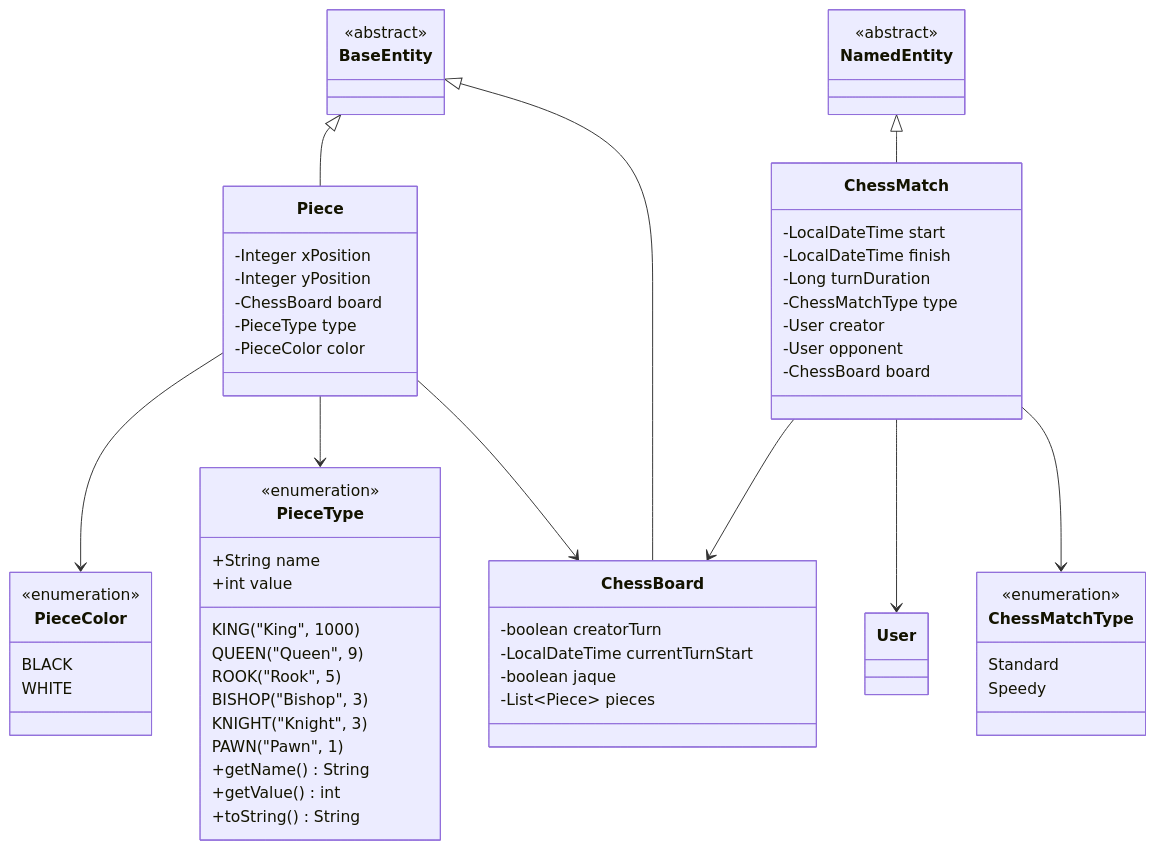
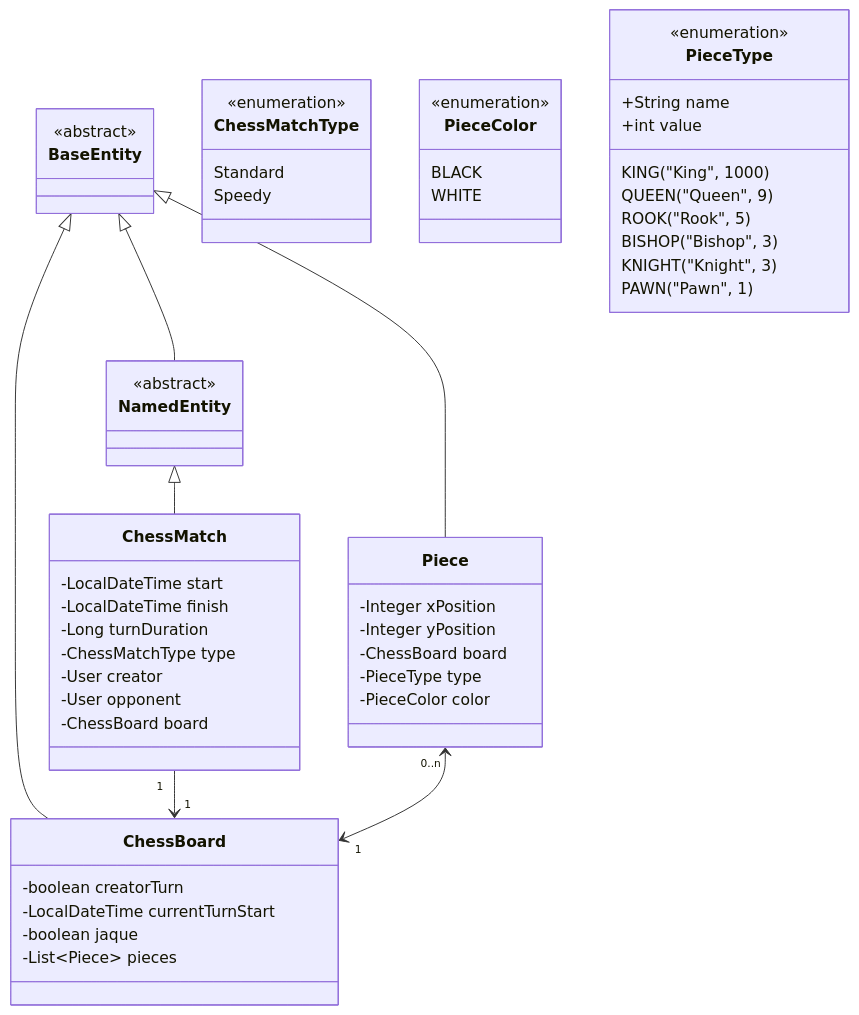
The diagram in docs/diagrams/DomainClassDiagram.md (gii-is-DP1/design-patterns-applications), drawn with Mermaid before and after one commit.

````diff
--- a/docs/diagrams/DomainClassDiagram.md
+++ b/docs/diagrams/DomainClassDiagram.md
@@ -3,73 +3,69 @@
 ```mermaid
 classDiagram
     class BaseEntity {
         <<abstract>>
     }
 
     class NamedEntity {
         <<abstract>>
     }
 
     class ChessBoard {
         -boolean creatorTurn
         -LocalDateTime currentTurnStart
         -boolean jaque
         -List~Piece~ pieces        
     }
 
     class ChessMatch {
         -LocalDateTime start
         -LocalDateTime finish
         -Long turnDuration
         -ChessMatchType type
         -User creator
         -User opponent
         -ChessBoard board
     }
 
     class Piece {
         -Integer xPosition
         -Integer yPosition
         -ChessBoard board
         -PieceType type
         -PieceColor color
     }
 
     class ChessMatchType {
         <<enumeration>>
         Standard
         Speedy
     }
 
     class PieceColor {
         <<enumeration>>
         BLACK
         WHITE
     }
 
     class PieceType {
         <<enumeration>>
         KING("King", 1000)
         QUEEN("Queen", 9)
         ROOK("Rook", 5)
         BISHOP("Bishop", 3)
         KNIGHT("Knight", 3)
         PAWN("Pawn", 1)
         +String name
-        +int value
-        +getName() String
-        +getValue() int
-        +toString() String
+        +int value        
     }
 
     BaseEntity <|-- ChessBoard
     NamedEntity <|-- ChessMatch
     BaseEntity <|-- Piece
-
-    ChessMatch --> ChessMatchType
-    ChessMatch --> User
-    ChessMatch --> ChessBoard
-    Piece --> ChessBoard
-    Piece --> PieceType
-    Piece --> PieceColor
+    BaseEntity <|-- NamedEntity
+    
+    
+    ChessMatch "1" --> "1" ChessBoard
+    Piece "0..n" <--> "1" ChessBoard
+    
 ```
````
